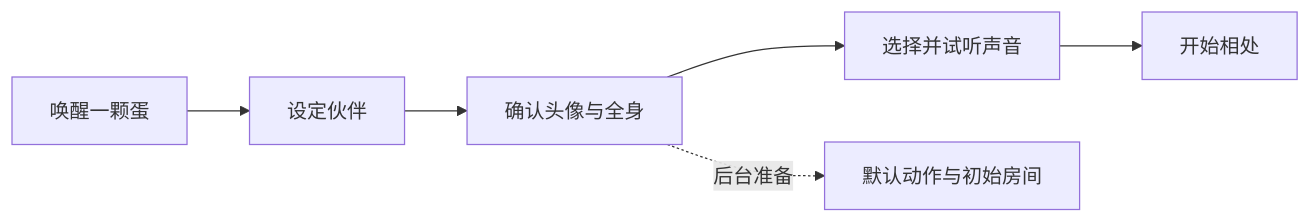
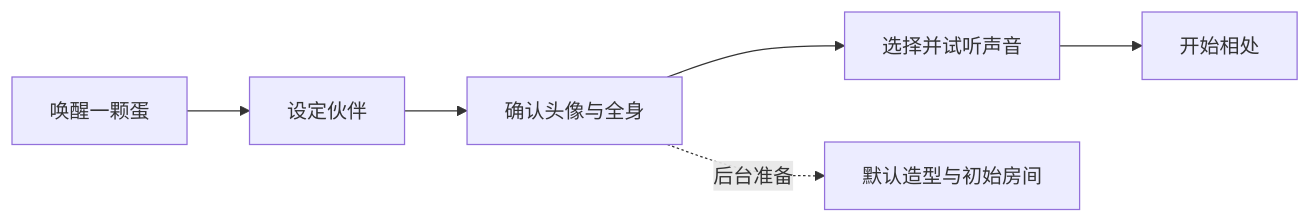
One commit to yangjinming1062/SpiritAgent changed the diagram in README.md. Above: the diagram before and after it, drawn with Mermaid. The commit also changed other lines of this file and 155 other files, not shown here.

````diff
--- a/README.md
+++ b/README.md
@@ -79,8 +79,8 @@
 ```mermaid
 flowchart LR
     A[唤醒一颗蛋] --> B[设定伙伴]
     B --> C[确认头像与全身]
     C --> D[选择并试听声音]
     D --> E[开始相处]
-    C -. 后台准备 .-> F[默认动作与初始房间]
+    C -. 后台准备 .-> F[默认造型与初始房间]
 ```
````
